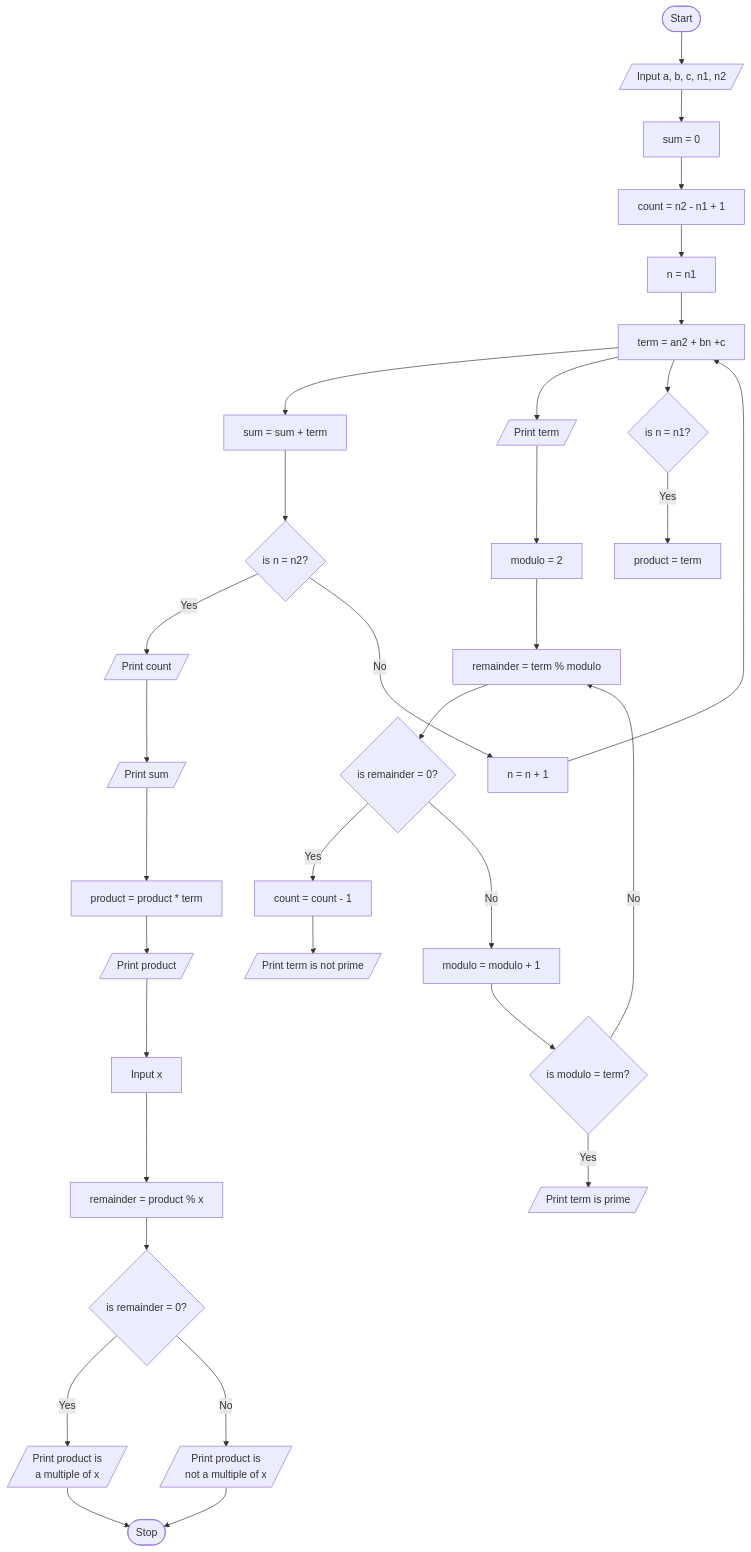
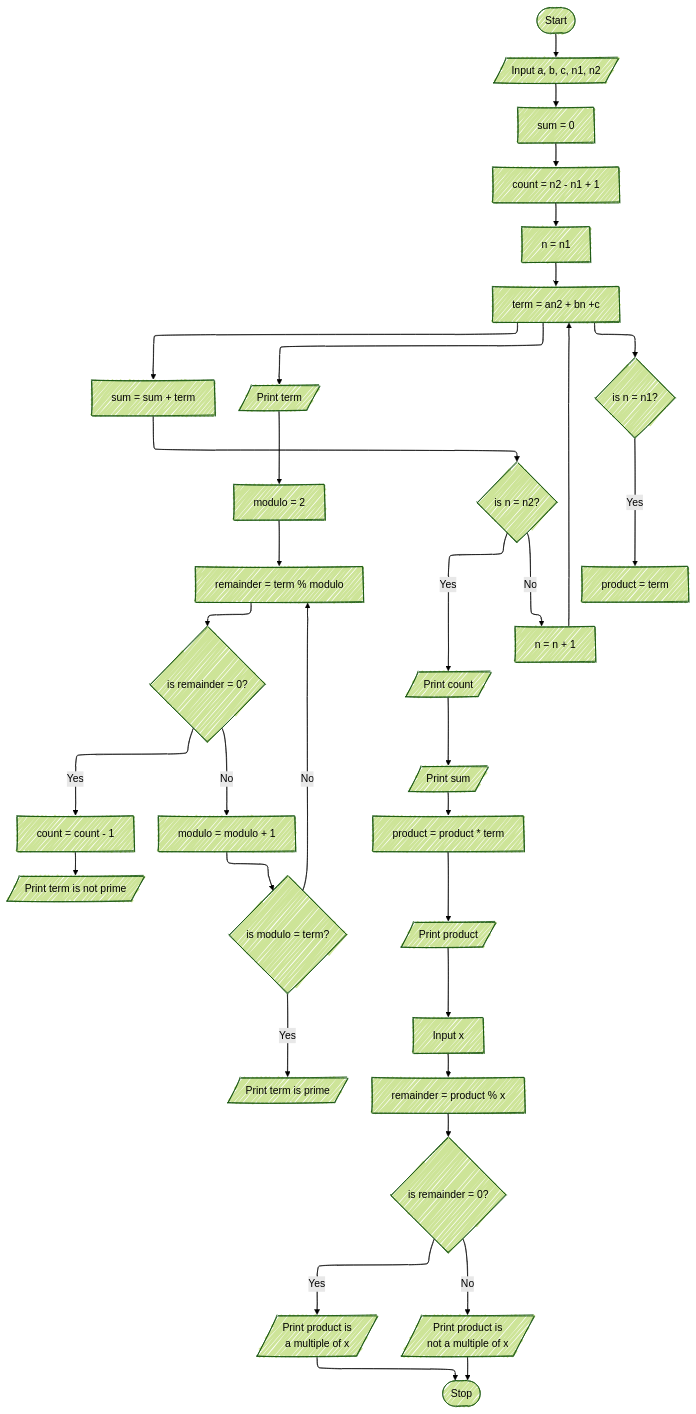
Before and after one commit to gtugaw/comp1236project: the diagram in flowchart/task3.md, drawn with Mermaid. The commit also changed other lines of this file, not shown here.

Commit message:
update spelling and design

````diff
--- a/flowchart/task3.md
+++ b/flowchart/task3.md
@@ -2,54 +3,60 @@
 ```mermaid
+---
+config:
+  theme: forest
+  look: handDrawn
+  layout: elk
+---
 flowchart TB
     A([Start])
     A-->B[/Input a, b, c, n1, n2/]
     B-->C[sum = 0]
 
 
     CC-->D[n = n1]
     D-->E[term = an2 + bn +c]
     E-->F[sum = sum + term]
     E-->G[/Print term/]
 
     C-->CC[count = n2 - n1 + 1]
     G-->GF[modulo = 2]
     GF-->GH[remainder = term % modulo]
     GH-->GI{is remainder = 0?}
     GJ-->GK[/Print term is not prime/]
     GI--Yes-->GJ[count = count - 1]
 
     GI--Noo-->GL[modulo = modulo + 1]
     GL-->GM{is modulo = term?}
     GM--Yes-->GN[/Print term is prime/]
 
     GM--Noo-->GH
 
 
 
 
 
     F-->H{is n = n2?}
 
     H--Yes-->GO[/Print count/]
 
     H--Noo-->I[n = n + 1]
     I-->E
     J-->K[product = product * term]
     K-->L[/Print product/]
     GO-->J[/Print sum/]
     
 
     E-->N{is n = n1?}
     N--Yes-->P[product = term]
 
     L-->Q[Input x]
     Q-->R[remainder = product % x]
     R-->S{is remainder = 0?}
     S--Yes-->T[/Print product is 
     a multiple of x/]
     S--Noo-->U[/Print product is 
     not a multiple of x/]
 
     T-->V([Stop])
     U-->V
 ```
````
